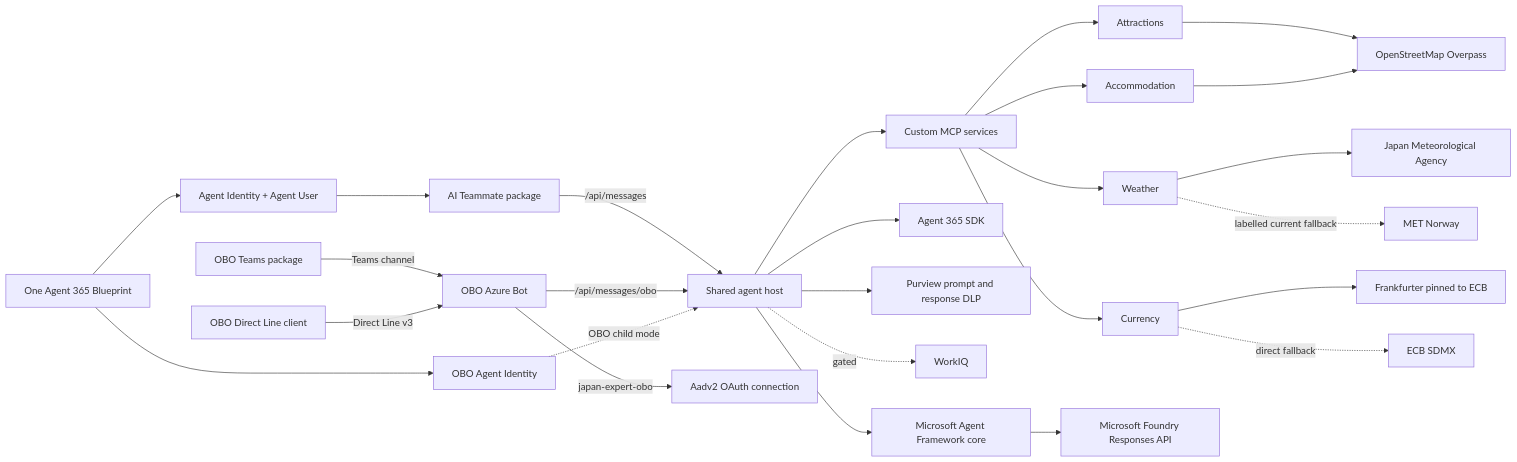
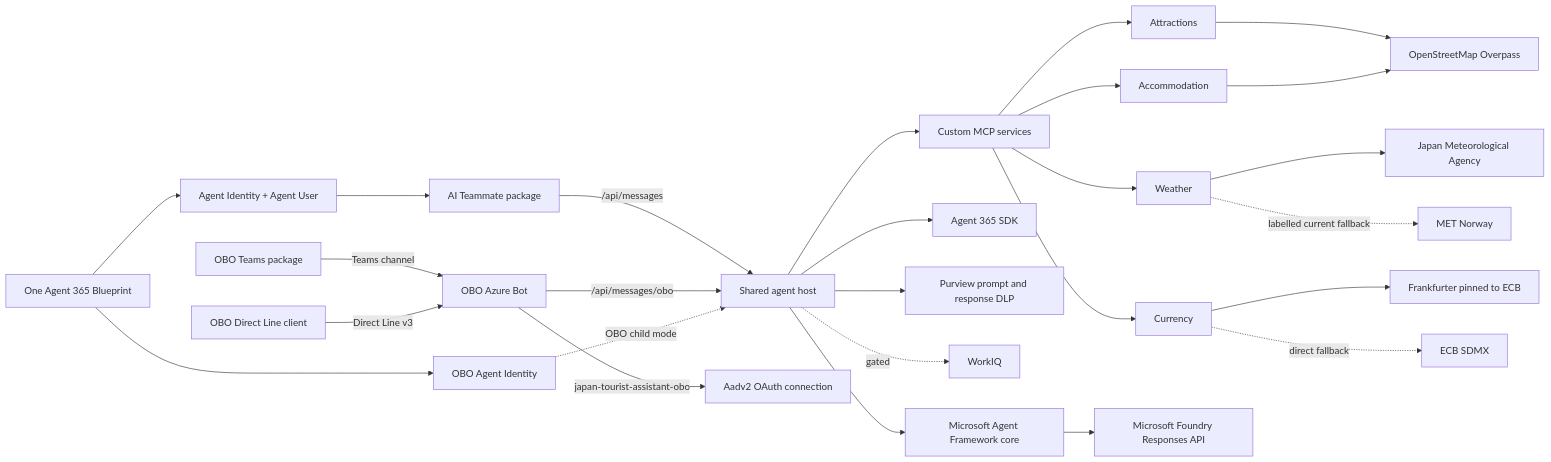
The diagram in a365-tourist-backend/README.md (patrick-shim/a365-custom-agents), drawn with Mermaid before and after one commit. The commit also changed other lines of this file and 16 other files, not shown here.

First line of the commit message:
Rename the OBO OAuth connection to japan-tourist-assistant-obo

````diff
--- a/a365-tourist-backend/README.md
+++ b/a365-tourist-backend/README.md
@@ -16,28 +16,28 @@
 ```mermaid
 flowchart LR
   Teammate[AI Teammate package] -->|/api/messages| Host[Shared agent host]
   OboTeams[OBO Teams package] -->|Teams channel| OboBot[OBO Azure Bot]
   DirectLine[OBO Direct Line client] -->|Direct Line v3| OboBot
   OboBot -->|/api/messages/obo| Host
-  OboBot -->|japan-expert-obo| OAuth[Aadv2 OAuth connection]
+  OboBot -->|japan-tourist-assistant-obo| OAuth[Aadv2 OAuth connection]
   Blueprint[One Agent 365 Blueprint] --> TeammateIdentity[Agent Identity + Agent User]
   Blueprint --> OBOIdentity[OBO Agent Identity]
   TeammateIdentity --> Teammate
   OBOIdentity -. OBO child mode .-> Host
     Host --> Agent[Microsoft Agent Framework core]
     Host --> A365[Agent 365 SDK]
     Host --> Purview[Purview prompt and response DLP]
     Host -. gated .-> WorkIQ[WorkIQ]
     Host --> MCP[Custom MCP services]
     MCP --> Attractions[Attractions]
     MCP --> Weather[Weather]
     MCP --> Accommodation[Accommodation]
     MCP --> Currency[Currency]
     Attractions --> OSM[OpenStreetMap Overpass]
     Accommodation --> OSM
     Weather --> JMA[Japan Meteorological Agency]
     Weather -. labelled current fallback .-> MetNo[MET Norway]
     Currency --> Frankfurter[Frankfurter pinned to ECB]
     Currency -. direct fallback .-> ECB[ECB SDMX]
     Agent --> Foundry[Microsoft Foundry Responses API]
 ```
````
